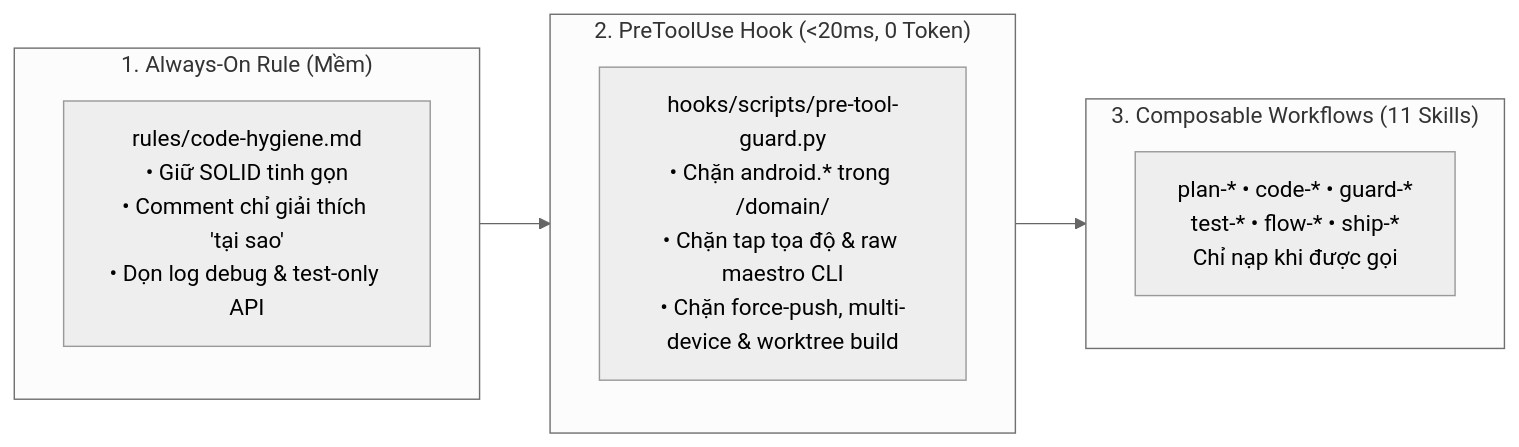
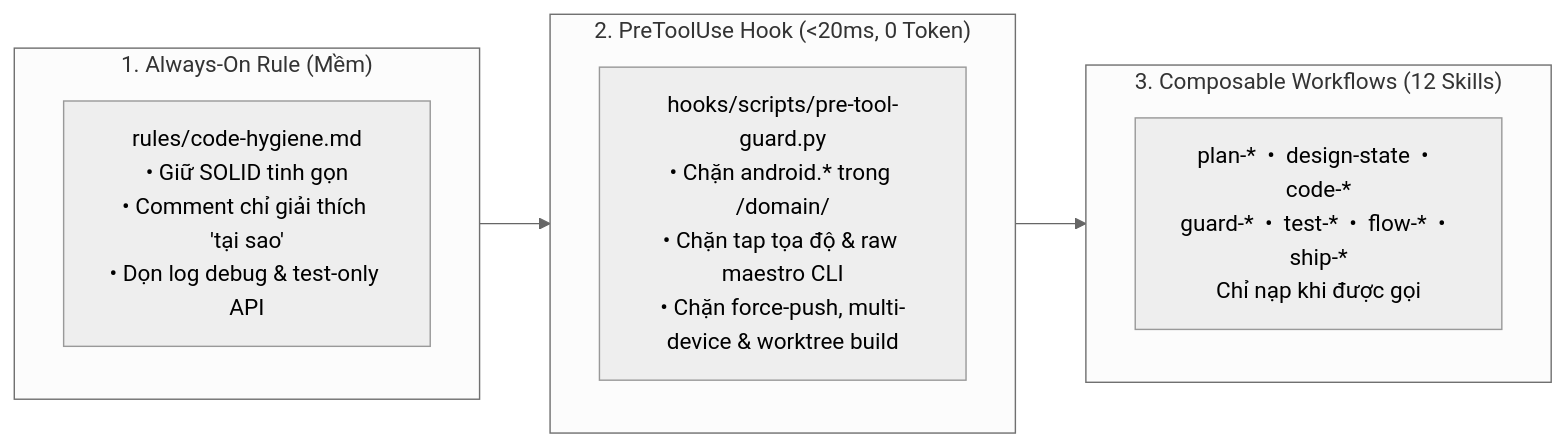
Before and after one commit to yukido0205/android-agentic-sdlc: the diagram in README_VI.md, drawn with Mermaid (neutral theme). The commit also changed other lines of this file and 14 other files, not shown here.

Commit message:
feat(skills): add /design-state statechart modeling skill and static validator

````diff
--- a/README_VI.md
+++ b/README_VI.md
@@ -46,16 +47,16 @@
 ```mermaid
 flowchart LR
     subgraph L1["1. Always-On Rule (Mềm)"]
         R["rules/code-hygiene.md<br/>• Giữ SOLID tinh gọn<br/>• Comment chỉ giải thích 'tại sao'<br/>• Dọn log debug & test-only API"]
     end
 
     subgraph L2["2. PreToolUse Hook (<20ms, 0 Token)"]
         H["hooks/scripts/pre-tool-guard.py<br/>• Chặn android.* trong /domain/<br/>• Chặn tap tọa độ & raw maestro CLI<br/>• Chặn force-push, multi-device & worktree build"]
     end
 
-    subgraph L3["3. Composable Workflows (11 Skills)"]
-        S["plan-*  •  code-*  •  guard-*<br/>test-*  •  flow-*  •  ship-*<br/>Chỉ nạp khi được gọi"]
+    subgraph L3["3. Composable Workflows (12 Skills)"]
+        S["plan-*  •  design-state  •  code-*<br/>guard-*  •  test-*  •  flow-*  •  ship-*<br/>Chỉ nạp khi được gọi"]
     end
 
     L1 --> L2 --> L3
 ```
````
